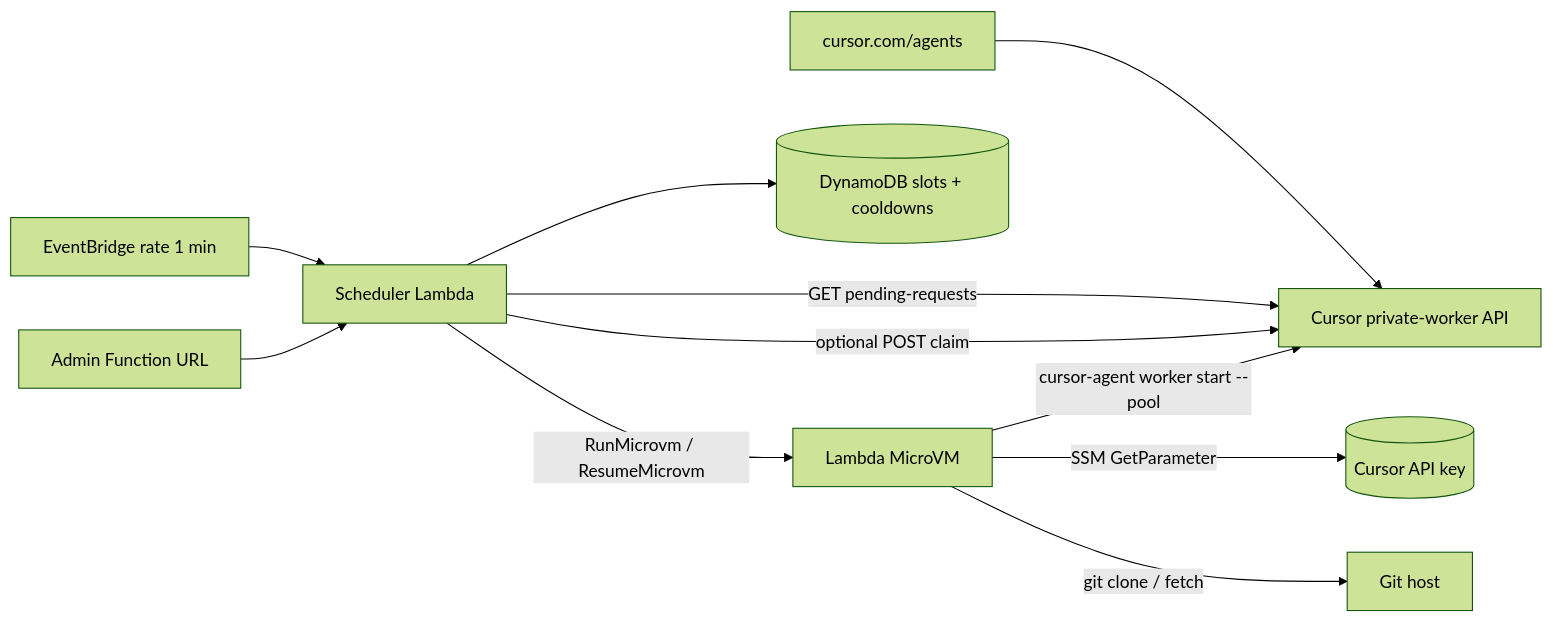
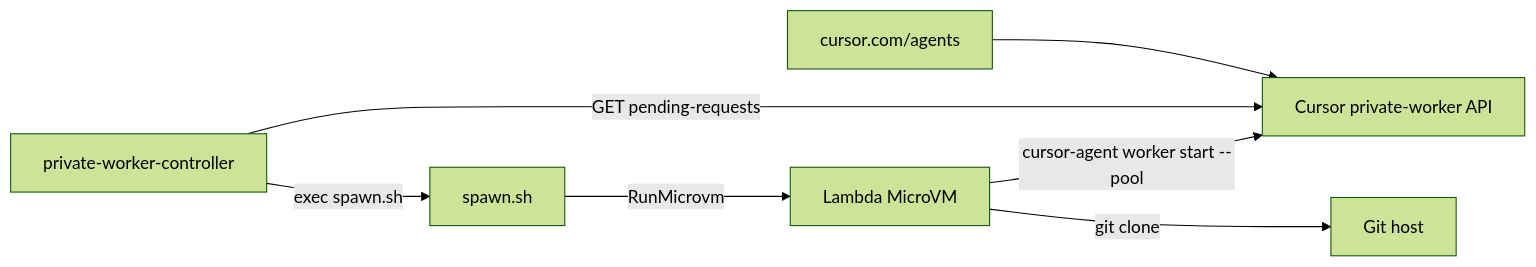
Before and after one commit to anysphere/aws-lambda-workers: the diagram in README.md, drawn with Mermaid (forest theme). The commit also changed other lines of this file and 29 other files, not shown here.

First line of the commit message:
Replace the in-repo planner with a controller spawn script

````diff
--- a/README.md
+++ b/README.md
@@ -11,13 +9,9 @@
 ```mermaid
 flowchart LR
   User[cursor.com/agents] --> CursorAPI[Cursor private-worker API]
-  EventBridge[EventBridge rate 1 min] --> Scheduler[Scheduler Lambda]
-  Admin[Admin Function URL] --> Scheduler
-  Scheduler -->|GET pending-requests| CursorAPI
-  Scheduler -->|optional POST claim| CursorAPI
-  Scheduler --> DDB[(DynamoDB slots + cooldowns)]
-  Scheduler -->|RunMicrovm / ResumeMicrovm| MicroVM
-  MicroVM[Lambda MicroVM] -->|SSM GetParameter| SSM[(Cursor API key)]
+  Controller[private-worker-controller] -->|GET pending-requests| CursorAPI
+  Controller -->|exec spawn.sh| Spawn[spawn.sh]
+  Spawn -->|RunMicrovm| MicroVM[Lambda MicroVM]
   MicroVM -->|cursor-agent worker start --pool| CursorAPI
-  MicroVM -->|git clone / fetch| Git[Git host]
+  MicroVM -->|git clone| Git[Git host]
 ```
````
